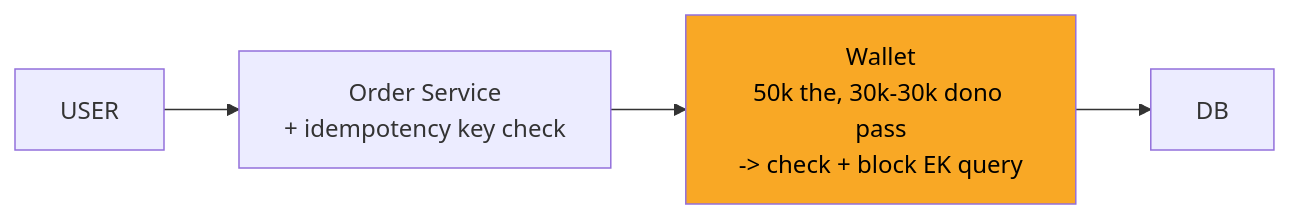
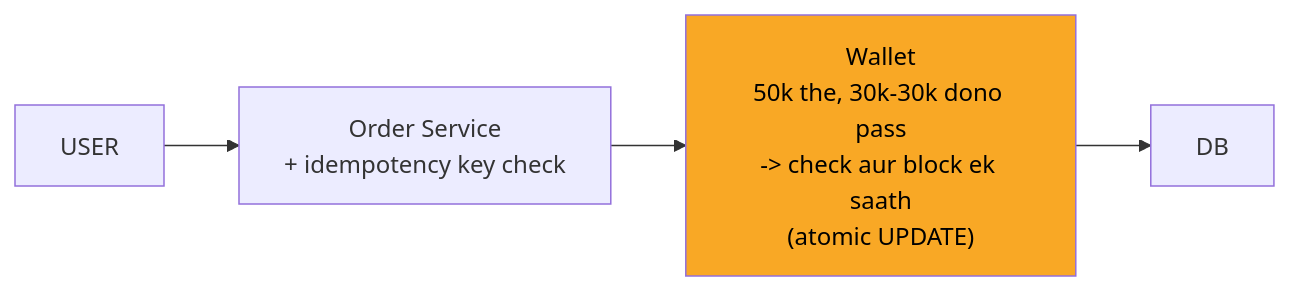
Before and after one commit to ArpanMaheshwari144/Prep: the third of 10 diagrams in 04_HLD/SYSTEM_DESIGNS/05_stock_broker_trading/05_stock_broker_trading.md, drawn with Mermaid. The commit also changed other lines of this file and 13 other files, not shown here.

````diff
--- a/04_HLD/SYSTEM_DESIGNS/05_stock_broker_trading/05_stock_broker_trading.md
+++ b/04_HLD/SYSTEM_DESIGNS/05_stock_broker_trading/05_stock_broker_trading.md
@@ -127,11 +127,11 @@
 ```mermaid
 flowchart LR
     n_USER["USER"]
     n_Order_Service["Order Service<br/>+ idempotency key check"]
-    n_Wallet["Wallet<br/>50k the, 30k-30k dono pass<br/>-> check + block EK query"]
+    n_Wallet["Wallet<br/>50k the, 30k-30k dono pass<br/>-> check aur block ek saath<br/>(atomic UPDATE)"]
     n_DB["DB"]
     n_USER --> n_Order_Service
     n_Order_Service --> n_Wallet
     n_Wallet --> n_DB
     style n_Wallet fill:#f9a825,color:#000
 ```
````
